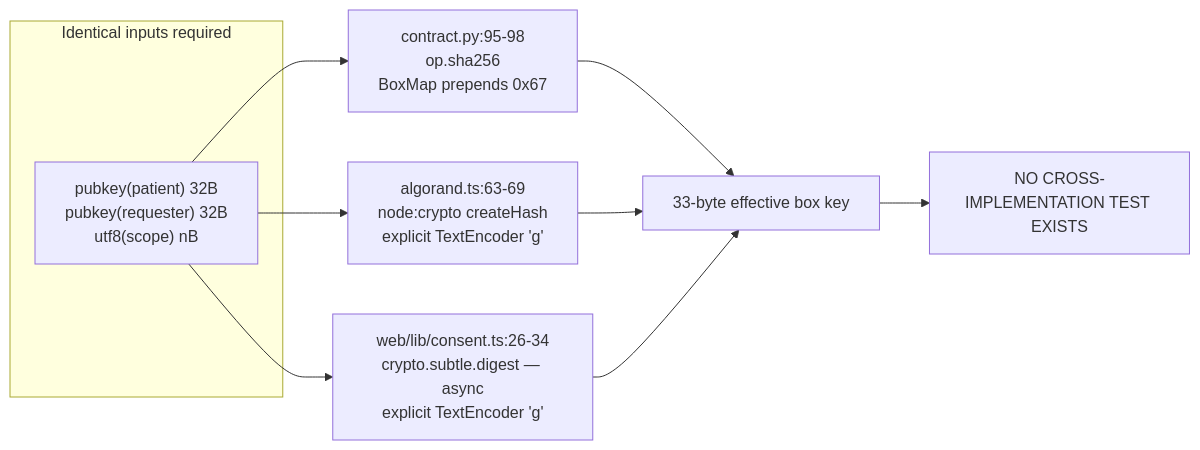
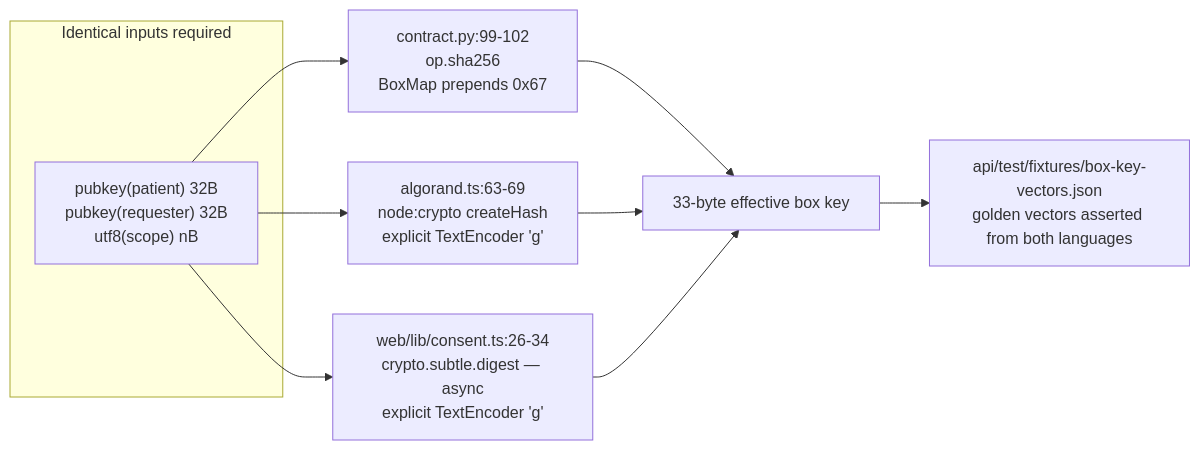
One commit to Hydra-Of-Malice/Medrail changed the fourth of 7 diagrams in docs/03_Architecture/LLD.md. Above: the diagram before and after it, drawn with Mermaid. The commit also changed other lines of this file and 77 other files, not shown here.

````diff
--- a/docs/03_Architecture/LLD.md
+++ b/docs/03_Architecture/LLD.md
@@ -364,13 +362,13 @@
 ```mermaid
 flowchart LR
     subgraph Inputs["Identical inputs required"]
         I["pubkey(patient) 32B<br/>pubkey(requester) 32B<br/>utf8(scope) nB"]
     end
-    I --> P["contract.py:95-98<br/>op.sha256<br/>BoxMap prepends 0x67"]
+    I --> P["contract.py:99-102<br/>op.sha256<br/>BoxMap prepends 0x67"]
     I --> N["algorand.ts:63-69<br/>node:crypto createHash<br/>explicit TextEncoder 'g'"]
     I --> B["web/lib/consent.ts:26-34<br/>crypto.subtle.digest — async<br/>explicit TextEncoder 'g'"]
     P --> K["33-byte effective box key"]
     N --> K
     B --> K
-    K --> X["NO CROSS-IMPLEMENTATION TEST EXISTS"]
+    K --> X["api/test/fixtures/box-key-vectors.json<br/>golden vectors asserted from both languages"]
 ```
````
